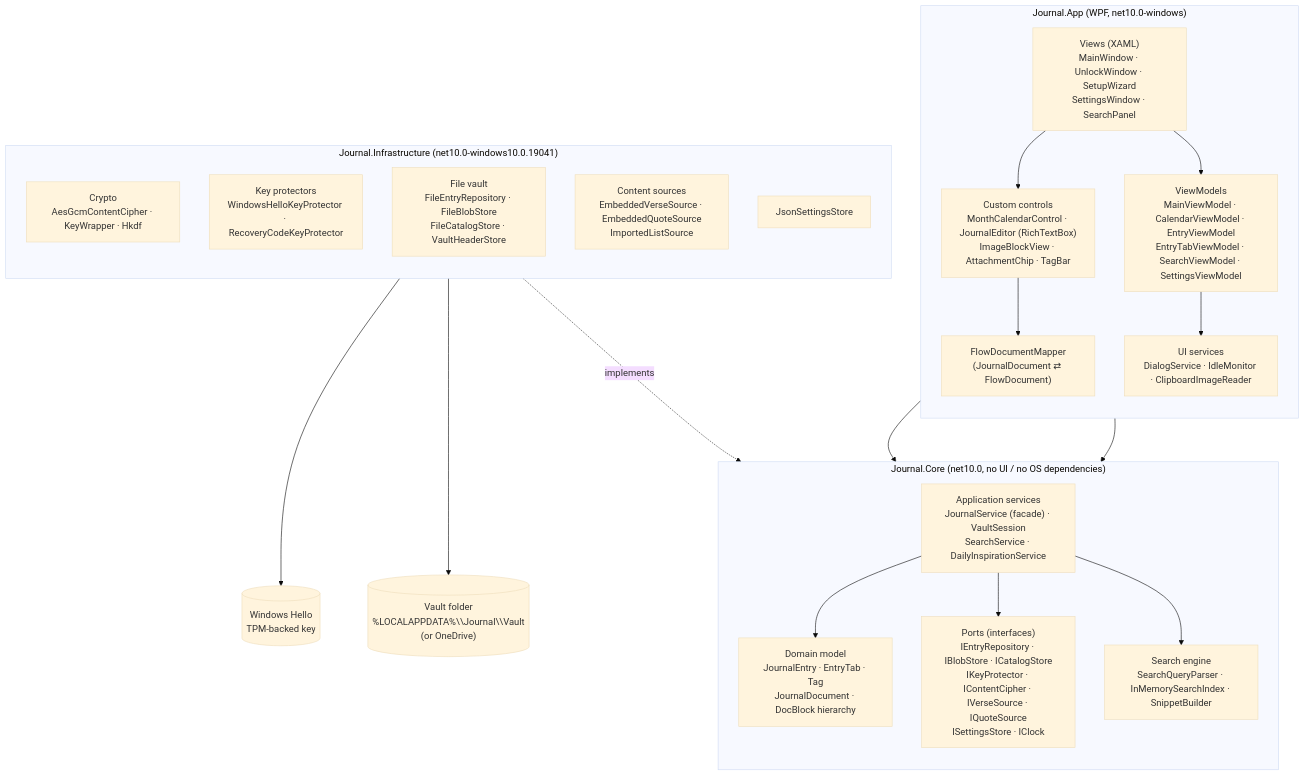
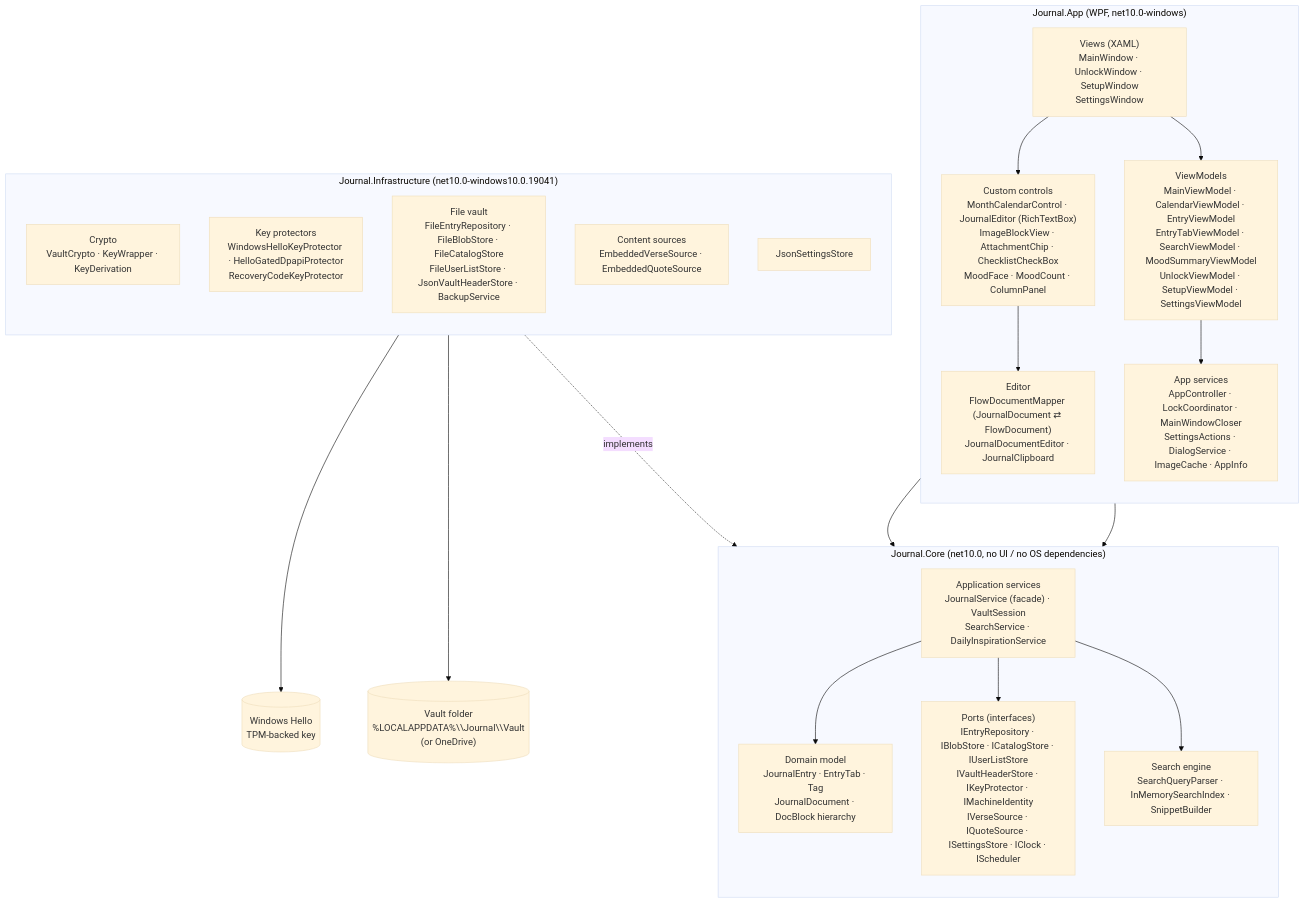
One commit to johnovanni/Journal changed the first of 8 diagrams in docs/Architecture.md. Above: the diagram before and after it, drawn with Mermaid (base theme). The commit also changed other lines of this file and 48 other files, not shown here.

````diff
--- a/docs/Architecture.md
+++ b/docs/Architecture.md
@@ -34,44 +34,44 @@
 ```mermaid
 flowchart TB
     subgraph App["Journal.App (WPF, net10.0-windows)"]
         direction TB
-        Views["Views (XAML)<br/>MainWindow · UnlockWindow · SetupWizard<br/>SettingsWindow · SearchPanel"]
-        Controls["Custom controls<br/>MonthCalendarControl · JournalEditor (RichTextBox)<br/>ImageBlockView · AttachmentChip · TagBar"]
-        VMs["ViewModels<br/>MainViewModel · CalendarViewModel · EntryViewModel<br/>EntryTabViewModel · SearchViewModel · SettingsViewModel"]
-        Mapper["FlowDocumentMapper<br/>(JournalDocument ⇄ FlowDocument)"]
-        AppSvc["UI services<br/>DialogService · IdleMonitor · ClipboardImageReader"]
+        Views["Views (XAML)<br/>MainWindow · UnlockWindow · SetupWindow<br/>SettingsWindow"]
+        Controls["Custom controls<br/>MonthCalendarControl · JournalEditor (RichTextBox)<br/>ImageBlockView · AttachmentChip · ChecklistCheckBox<br/>MoodFace · MoodCount · ColumnPanel"]
+        VMs["ViewModels<br/>MainViewModel · CalendarViewModel · EntryViewModel<br/>EntryTabViewModel · SearchViewModel · MoodSummaryViewModel<br/>UnlockViewModel · SetupViewModel · SettingsViewModel"]
+        Mapper["Editor<br/>FlowDocumentMapper (JournalDocument ⇄ FlowDocument)<br/>JournalDocumentEditor · JournalClipboard"]
+        AppSvc["App services<br/>AppController · LockCoordinator · MainWindowCloser<br/>SettingsActions · DialogService · ImageCache · AppInfo"]
         Views --> VMs
         Controls --> Mapper
         Views --> Controls
         VMs --> AppSvc
     end
 
     subgraph Core["Journal.Core (net10.0, no UI / no OS dependencies)"]
         direction TB
         Domain["Domain model<br/>JournalEntry · EntryTab · Tag<br/>JournalDocument · DocBlock hierarchy"]
         Services["Application services<br/>JournalService (facade) · VaultSession<br/>SearchService · DailyInspirationService"]
-        Ports["Ports (interfaces)<br/>IEntryRepository · IBlobStore · ICatalogStore<br/>IKeyProtector · IContentCipher · IVerseSource · IQuoteSource<br/>ISettingsStore · IClock"]
+        Ports["Ports (interfaces)<br/>IEntryRepository · IBlobStore · ICatalogStore · IUserListStore<br/>IVaultHeaderStore · IKeyProtector · IMachineIdentity<br/>IVerseSource · IQuoteSource · ISettingsStore · IClock · IScheduler"]
         Search["Search engine<br/>SearchQueryParser · InMemorySearchIndex · SnippetBuilder"]
         Services --> Domain
         Services --> Ports
         Services --> Search
     end
 
     subgraph Infra["Journal.Infrastructure (net10.0-windows10.0.19041)"]
         direction TB
-        Crypto["Crypto<br/>AesGcmContentCipher · KeyWrapper · Hkdf"]
-        Keys["Key protectors<br/>WindowsHelloKeyProtector · RecoveryCodeKeyProtector"]
-        Store["File vault<br/>FileEntryRepository · FileBlobStore<br/>FileCatalogStore · VaultHeaderStore"]
-        Content["Content sources<br/>EmbeddedVerseSource · EmbeddedQuoteSource<br/>ImportedListSource"]
+        Crypto["Crypto<br/>VaultCrypto · KeyWrapper · KeyDerivation"]
+        Keys["Key protectors<br/>WindowsHelloKeyProtector · HelloGatedDpapiProtector<br/>RecoveryCodeKeyProtector"]
+        Store["File vault<br/>FileEntryRepository · FileBlobStore · FileCatalogStore<br/>FileUserListStore · JsonVaultHeaderStore · BackupService"]
+        Content["Content sources<br/>EmbeddedVerseSource · EmbeddedQuoteSource"]
         Settings["JsonSettingsStore"]
     end
 
     VMs --> Services
     Mapper --> Domain
     Infra -. implements .-> Ports
 
     Hello[("Windows Hello<br/>TPM-backed key")]
     Disk[("Vault folder<br/>%LOCALAPPDATA%\\Journal\\Vault<br/>(or OneDrive)")]
     Keys --> Hello
     Store --> Disk
 ```
````
